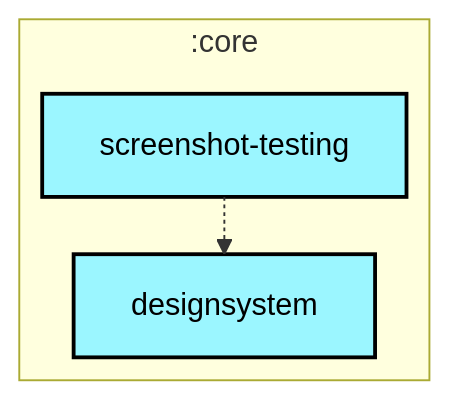
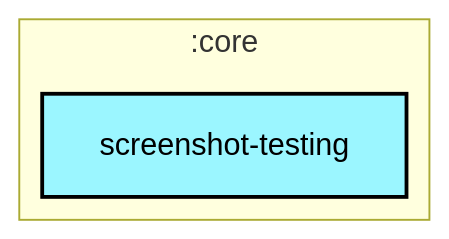
Before and after one commit to lihenggui/nowinkmp: the first of 2 diagrams in core/screenshot-testing/README.md, drawn with Mermaid. The commit also changed other lines of this file and 29 other files, not shown here.

First line of the commit message:
Fix graphUpdate configuration cache compatibility

````diff
--- a/core/screenshot-testing/README.md
+++ b/core/screenshot-testing/README.md
@@ -6,23 +6,20 @@
 ```mermaid
 ---
 config:
   layout: elk
   elk:
     nodePlacementStrategy: SIMPLE
 ---
 graph TB
   subgraph :core
     direction TB
-    :core:designsystem[designsystem]:::android-library
-    :core:screenshot-testing[screenshot-testing]:::android-library
+    :core:screenshot-testing[screenshot-testing]:::kmp-library
   end
 
-  :core:screenshot-testing -.-> :core:designsystem
-
-classDef android-application fill:#CAFFBF,stroke:#000,stroke-width:2px,color:#000;
-classDef android-feature fill:#FFD6A5,stroke:#000,stroke-width:2px,color:#000;
-classDef android-library fill:#9BF6FF,stroke:#000,stroke-width:2px,color:#000;
+classDef cmp-application fill:#CAFFBF,stroke:#000,stroke-width:2px,color:#000;
+classDef cmp-feature fill:#FFD6A5,stroke:#000,stroke-width:2px,color:#000;
+classDef kmp-library fill:#9BF6FF,stroke:#000,stroke-width:2px,color:#000;
+classDef jvm-library fill:#BDB2FF,stroke:#000,stroke-width:2px,color:#000;
 classDef android-test fill:#A0C4FF,stroke:#000,stroke-width:2px,color:#000;
-classDef jvm-library fill:#BDB2FF,stroke:#000,stroke-width:2px,color:#000;
 classDef unknown fill:#FFADAD,stroke:#000,stroke-width:2px,color:#000;
 ```
````
